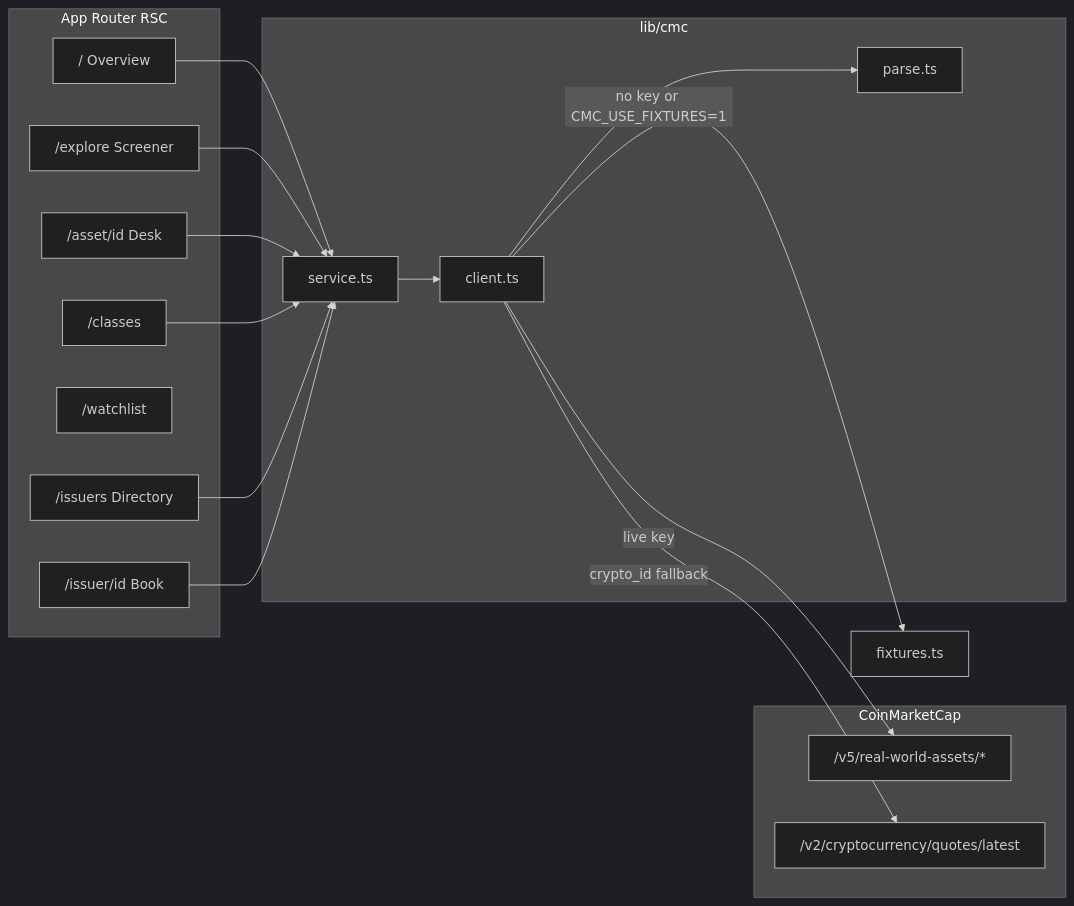
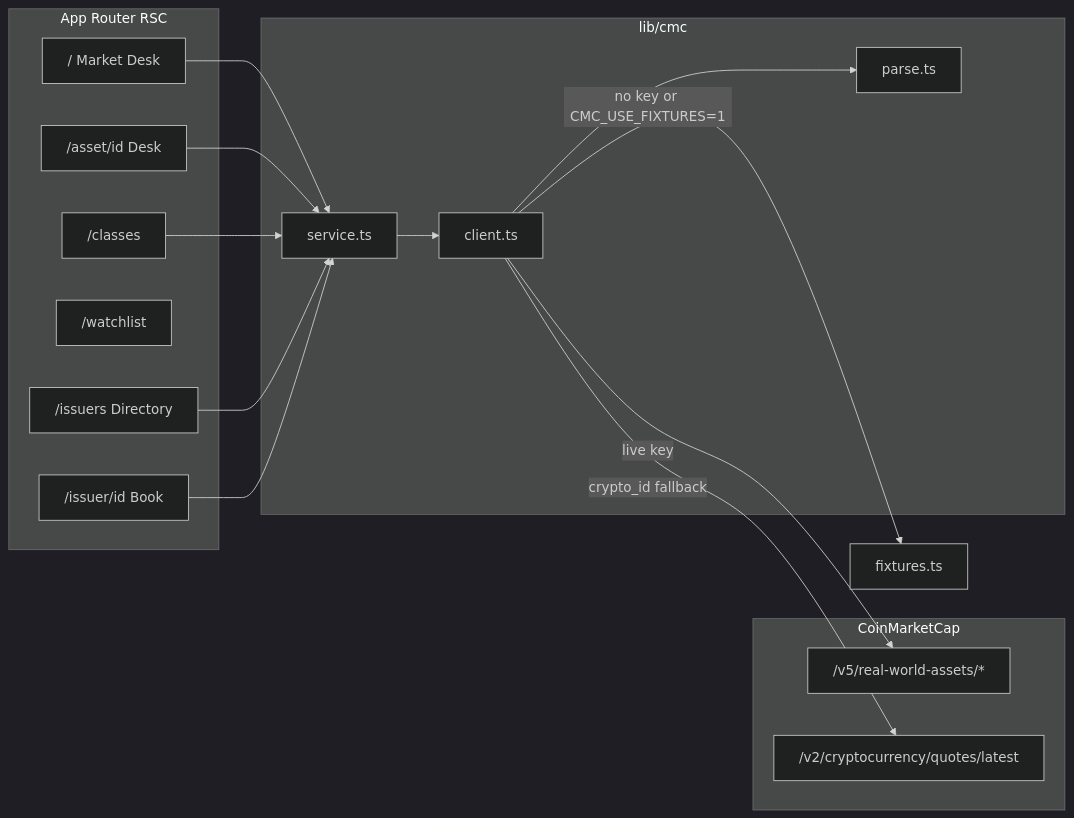
One commit to PinnacleCryptNG/cmc-pulse changed the first of 2 diagrams in README.md. Above: the diagram before and after it, drawn with Mermaid (dark theme). The commit also changed other lines of this file and 15 other files, not shown here.

First line of the commit message:
Make the homepage the Market Desk

````diff
--- a/README.md
+++ b/README.md
@@ -61,32 +61,30 @@
 ```mermaid
 flowchart LR
   subgraph ui [App Router RSC]
-    Home["/ Overview"]
-    Explore["/explore Screener"]
+    Home["/ Market Desk"]
     Desk["/asset/id Desk"]
     Classes["/classes"]
     Watch["/watchlist"]
     Issuers["/issuers Directory"]
     Book["/issuer/id Book"]
   end
   subgraph svc [lib/cmc]
     Service["service.ts"]
     Client["client.ts"]
     Parse["parse.ts"]
   end
   subgraph cmc [CoinMarketCap]
     RWA["/v5/real-world-assets/*"]
     Crypto["/v2/cryptocurrency/quotes/latest"]
   end
   Home --> Service
-  Explore --> Service
   Desk --> Service
   Classes --> Service
   Issuers --> Service
   Book --> Service
   Service --> Client
   Client -->|live key| RWA
   Client -->|crypto_id fallback| Crypto
   Client -->|no key or CMC_USE_FIXTURES=1| Fixtures["fixtures.ts"]
   Client --> Parse
 ```
````
